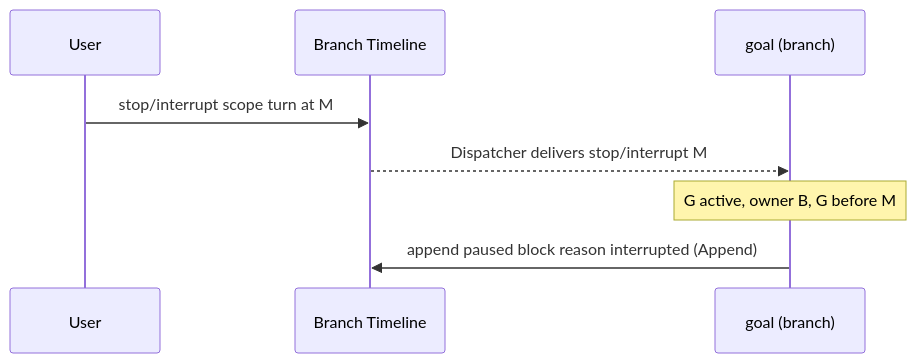
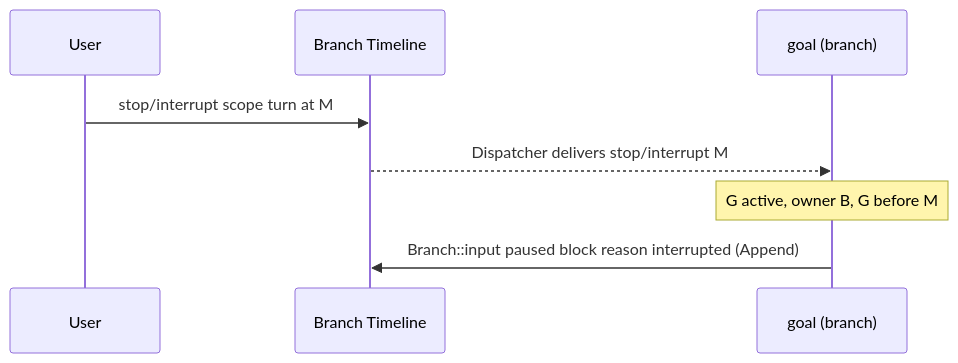
The fifth of 6 diagrams in docs/design/plugins/Goal.md (CoutinhoTTS/dim-agent), drawn with Mermaid before and after one commit. The commit also changed other lines of this file and 42 other files, not shown here.

````diff
--- a/docs/design/plugins/Goal.md
+++ b/docs/design/plugins/Goal.md
@@ -129,10 +129,10 @@
 ```mermaid
 sequenceDiagram
   participant User
   participant TL as Branch Timeline
   participant G as goal (branch)
   User->>TL: stop/interrupt scope turn at M
   TL-->>G: Dispatcher delivers stop/interrupt M
   Note over G: G active, owner B, G before M
-  G->>TL: append paused block reason interrupted (Append)
+  G->>TL: Branch::input paused block reason interrupted (Append)
 ```
````
